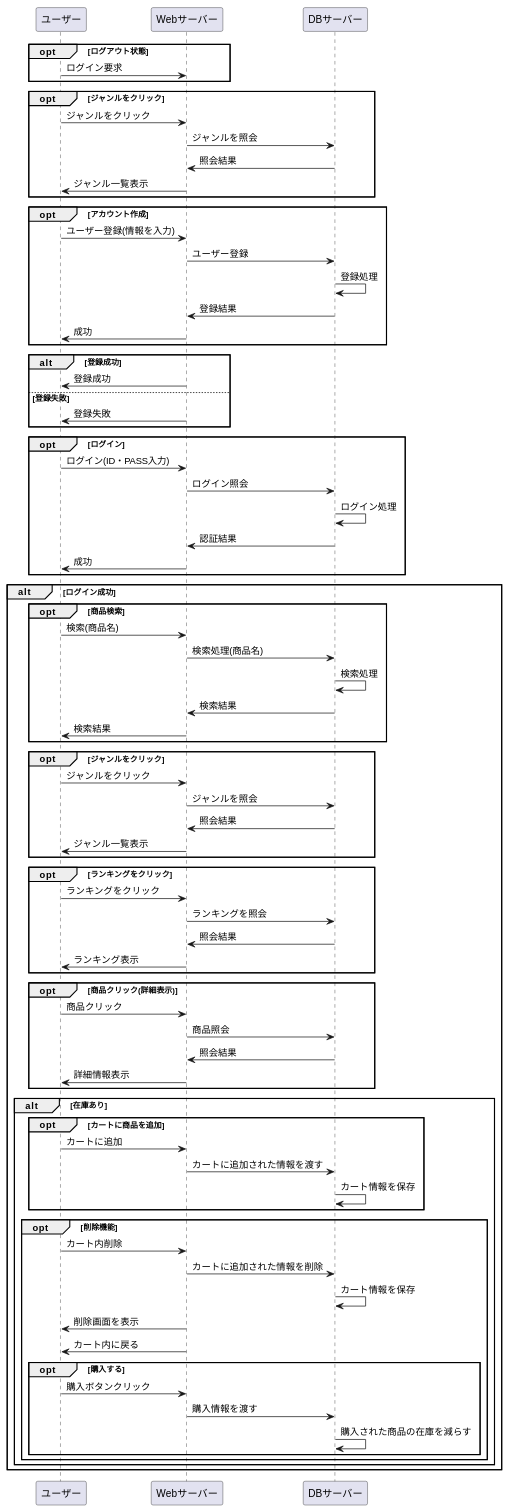
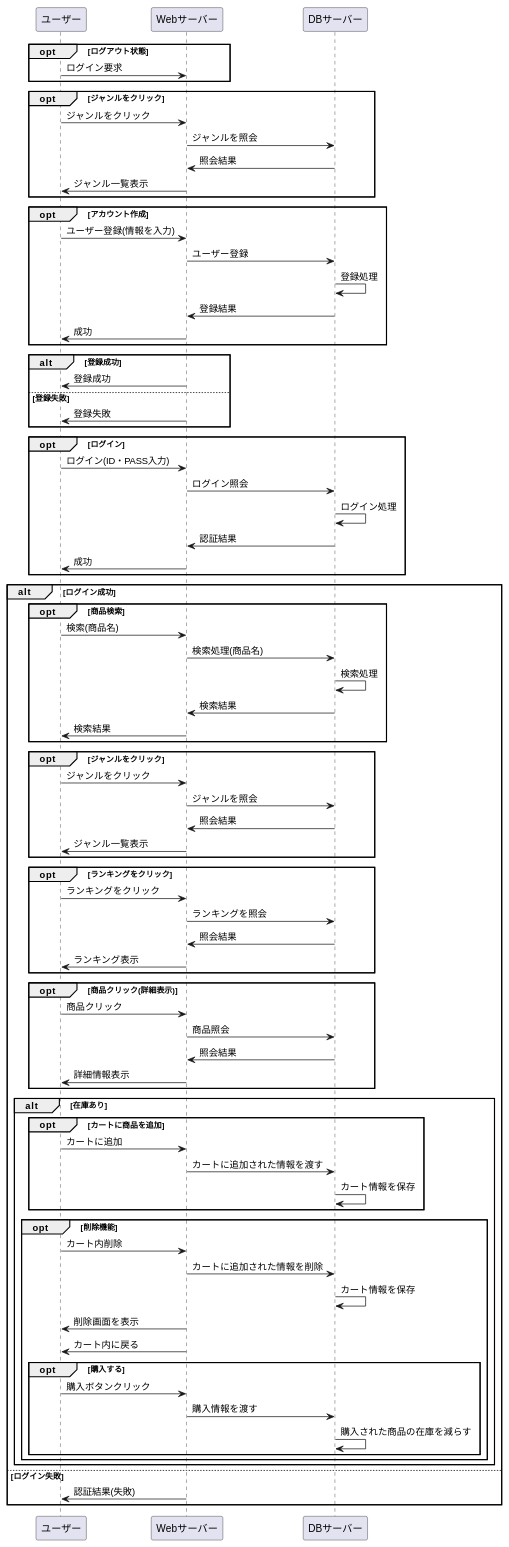
Before and after one commit to Aso2001154/2021sys-design: the diagram in stationary/業務フロー/ren.md, drawn with PlantUML.

```diff
--- a/stationary/業務フロー/ren.md
+++ b/stationary/業務フロー/ren.md
@@ -87,7 +87,8 @@
 end 
 end
 end
-
+else ログイン失敗
+Webサーバー -> ユーザー : 認証結果(失敗)
 end
 
 
```
